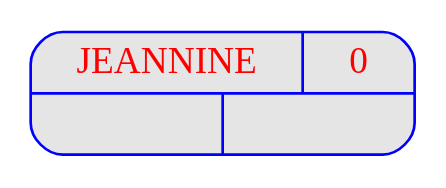
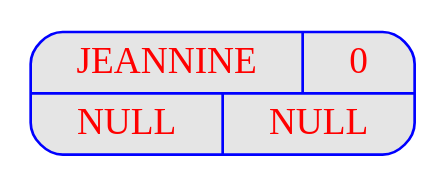
The diagram in programme1/output/dot/_v00.dot (benech17/AVL-trees), drawn with Graphviz before and after one commit. The commit also changed 22 other files, not shown here.

```diff
--- a/programme1/output/dot/_v00.dot
+++ b/programme1/output/dot/_v00.dot
@@ -1,23 +1,23 @@
 digraph  {
 	node [
 		fontname  = "Arial bold" 
 		fontsize  = "14"
 		fontcolor = "red"
 		style     = "rounded, filled"
 		shape     = "record"
 		fillcolor = "grey90"
 		color     = "blue"
 		width     = "2"
 	]
 
 	edge [
 		color     = "blue"
 	]
 
-	"JEANNINE
-" [label = "{{<c> JEANNINE
- | <b> 0} | { <g> | <d>}}"];
-	"JEANNINE
-" [label = "{{<c> JEANNINE
- | <b> 0} | { <g> | <d>}}"];
+	JEANNINE
+ [label = "{{<c> JEANNINE
+ | <b> 0}| { <g> | <d>}}"];
+	JEANNINE
+ [label = "{{<c> JEANNINE
+ | <b> 0}| { <g> NULL | <d> NULL}}"];
 }
```
